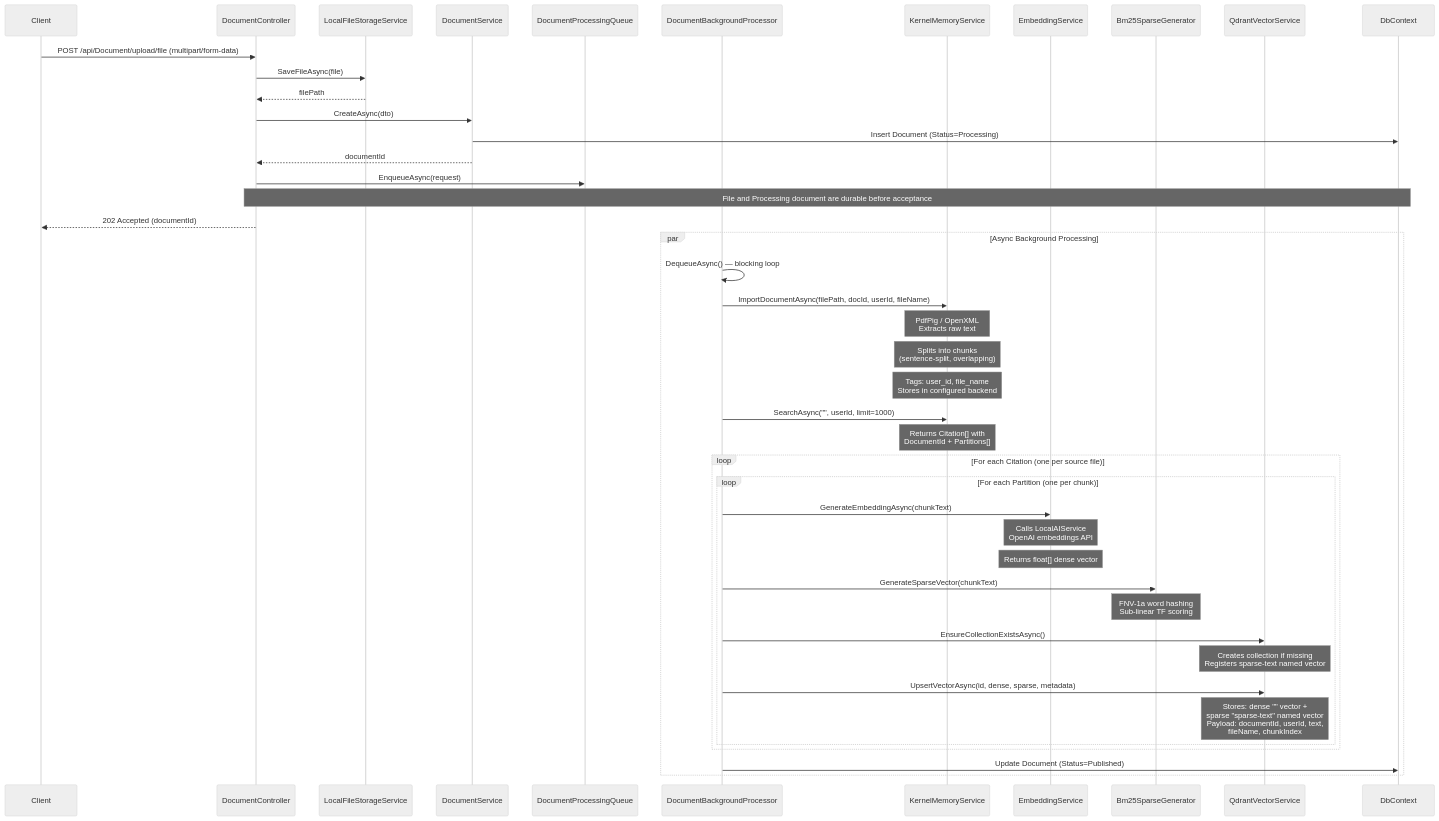
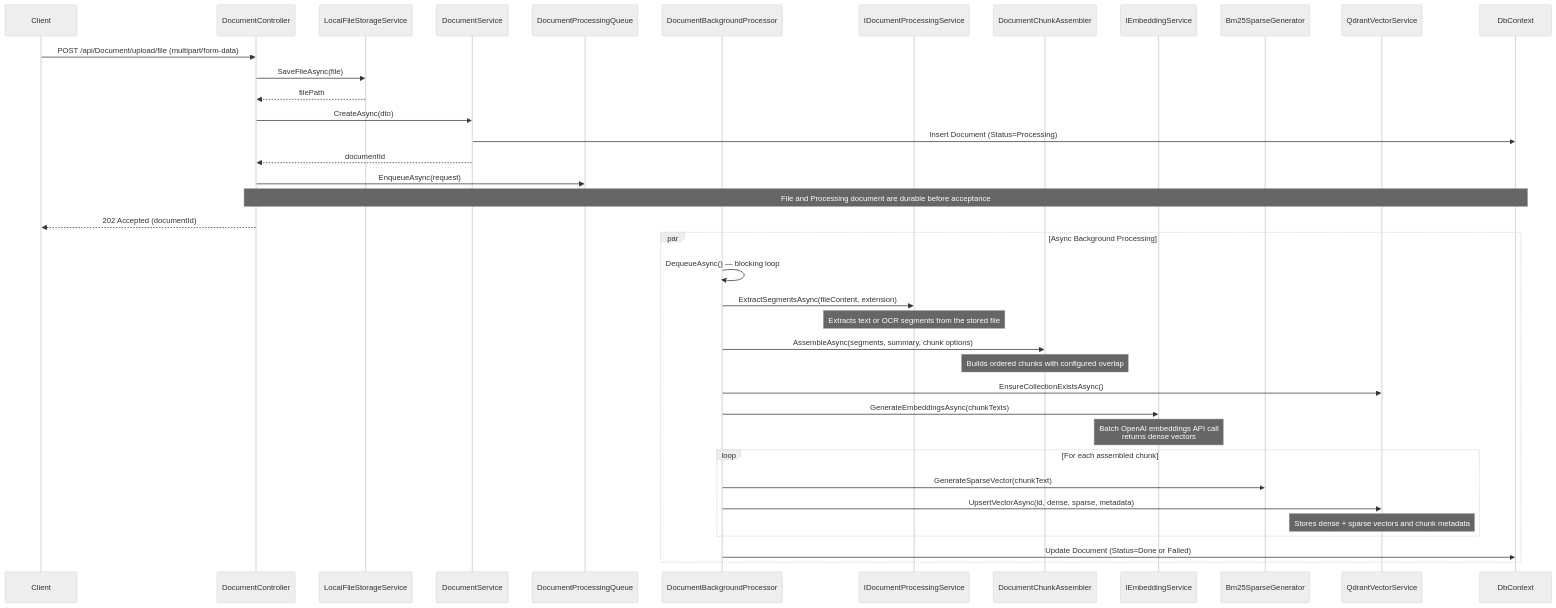
One commit to SWP391-SU26-SE1923-GROUP5/BE-SWP changed the third of 9 diagrams in ARCHITECTURE.md. Above: the diagram before and after it, drawn with Mermaid (neutral theme). The commit also changed other lines of this file and 2 other files, not shown here.

Commit message:
fix: align upload generation documentation

````diff
--- a/ARCHITECTURE.md
+++ b/ARCHITECTURE.md
@@ -490,57 +490,48 @@
 ```mermaid
 sequenceDiagram
     participant Client
     participant Controller as DocumentController
     participant Storage as LocalFileStorageService
     participant DocSvc as DocumentService
     participant Queue as DocumentProcessingQueue
     participant Processor as DocumentBackgroundProcessor
-    participant KM as KernelMemoryService
-    participant EmbedSvc as EmbeddingService
+    participant Extract as IDocumentProcessingService
+    participant Assemble as DocumentChunkAssembler
+    participant EmbedSvc as IEmbeddingService
     participant SparseGen as Bm25SparseGenerator
     participant Qdrant as QdrantVectorService
     participant DB as DbContext
 
     Client->>Controller: POST /api/Document/upload/file (multipart/form-data)
     Controller->>Storage: SaveFileAsync(file)
     Storage-->>Controller: filePath
 
     Controller->>DocSvc: CreateAsync(dto)
     DocSvc->>DB: Insert Document (Status=Processing)
     DocSvc-->>Controller: documentId
 
     Controller->>Queue: EnqueueAsync(request)
     Note over Controller,DB: File and Processing document are durable before acceptance
     Controller-->>Client: 202 Accepted (documentId)
 
     par Async Background Processing
         Processor->>Processor: DequeueAsync() — blocking loop
 
-        Processor->>KM: ImportDocumentAsync(filePath, docId, userId, fileName)
-        Note over KM: PdfPig / OpenXML<br/>Extracts raw text
-        Note over KM: Splits into chunks<br/>(sentence-split, overlapping)
-        Note over KM: Tags: user_id, file_name<br/>Stores in configured backend
+        Processor->>Extract: ExtractSegmentsAsync(fileContent, extension)
+        Note over Extract: Extracts text or OCR segments from the stored file
+        Processor->>Assemble: AssembleAsync(segments, summary, chunk options)
+        Note over Assemble: Builds ordered chunks with configured overlap
 
-        Processor->>KM: SearchAsync("", userId, limit=1000)
-        Note over KM: Returns Citation[] with<br/>DocumentId + Partitions[]
+        Processor->>Qdrant: EnsureCollectionExistsAsync()
+        Processor->>EmbedSvc: GenerateEmbeddingsAsync(chunkTexts)
+        Note over EmbedSvc: Batch OpenAI embeddings API call<br/>returns dense vectors
 
-        loop For each Citation (one per source file)
-            loop For each Partition (one per chunk)
-                Processor->>EmbedSvc: GenerateEmbeddingAsync(chunkText)
-                Note over EmbedSvc: Calls LocalAIService<br/>OpenAI embeddings API
-                Note over EmbedSvc: Returns float[] dense vector
-
-                Processor->>SparseGen: GenerateSparseVector(chunkText)
-                Note over SparseGen: FNV-1a word hashing<br/>Sub-linear TF scoring
-
-                Processor->>Qdrant: EnsureCollectionExistsAsync()
-                Note over Qdrant: Creates collection if missing<br/>Registers sparse-text named vector
-
-                Processor->>Qdrant: UpsertVectorAsync(id, dense, sparse, metadata)
-                Note over Qdrant: Stores: dense "" vector +<br/>sparse "sparse-text" named vector<br/>Payload: documentId, userId, text,<br/>fileName, chunkIndex
-            end
+        loop For each assembled chunk
+            Processor->>SparseGen: GenerateSparseVector(chunkText)
+            Processor->>Qdrant: UpsertVectorAsync(id, dense, sparse, metadata)
+            Note over Qdrant: Stores dense + sparse vectors and chunk metadata
         end
 
-        Processor->>DB: Update Document (Status=Published)
+        Processor->>DB: Update Document (Status=Done or Failed)
     end
 ```
````
